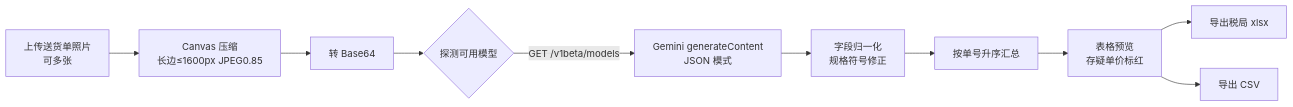
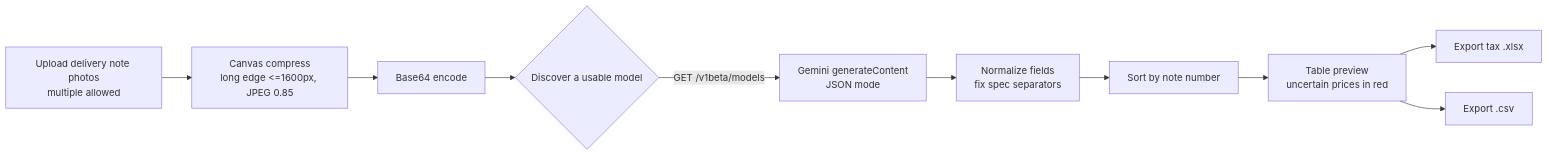
Before and after one commit to Bobb1103/ai-delivery-note-to-spreadsheet: the diagram in README.md, drawn with Mermaid. The commit also changed other lines of this file, not shown here.

````diff
--- a/README.md
+++ b/README.md
@@ -102,12 +104,12 @@
 ```mermaid
 flowchart LR
-    A[上传送货单照片<br/>可多张] --> B[Canvas 压缩<br/>长边≤1600px JPEG0.85]
-    B --> C[转 Base64]
-    C --> D{探测可用模型}
-    D -->|GET /v1beta/models| E[Gemini generateContent<br/>JSON 模式]
-    E --> F[字段归一化<br/>规格符号修正]
-    F --> G[按单号升序汇总]
-    G --> H[表格预览<br/>存疑单价标红]
-    H --> I[导出税局 xlsx]
-    H --> J[导出 CSV]
+    A[Upload delivery note photos<br/>multiple allowed] --> B[Canvas compress<br/>long edge <=1600px, JPEG 0.85]
+    B --> C[Base64 encode]
+    C --> D{Discover a usable model}
+    D -->|GET /v1beta/models| E[Gemini generateContent<br/>JSON mode]
+    E --> F[Normalize fields<br/>fix spec separators]
+    F --> G[Sort by note number]
+    G --> H[Table preview<br/>uncertain prices in red]
+    H --> I[Export tax .xlsx]
+    H --> J[Export .csv]
 ```
````
